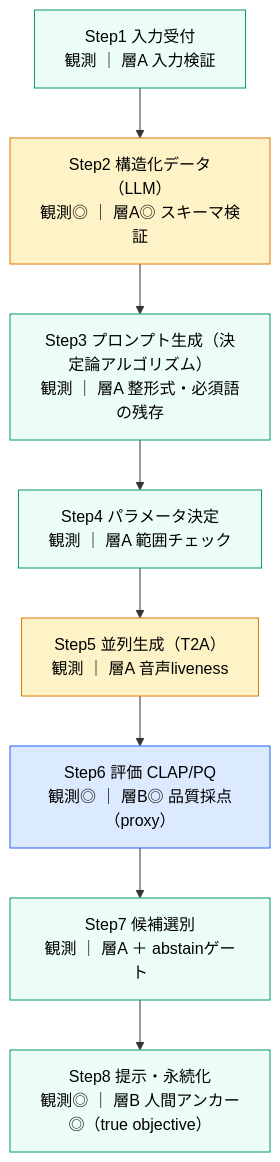
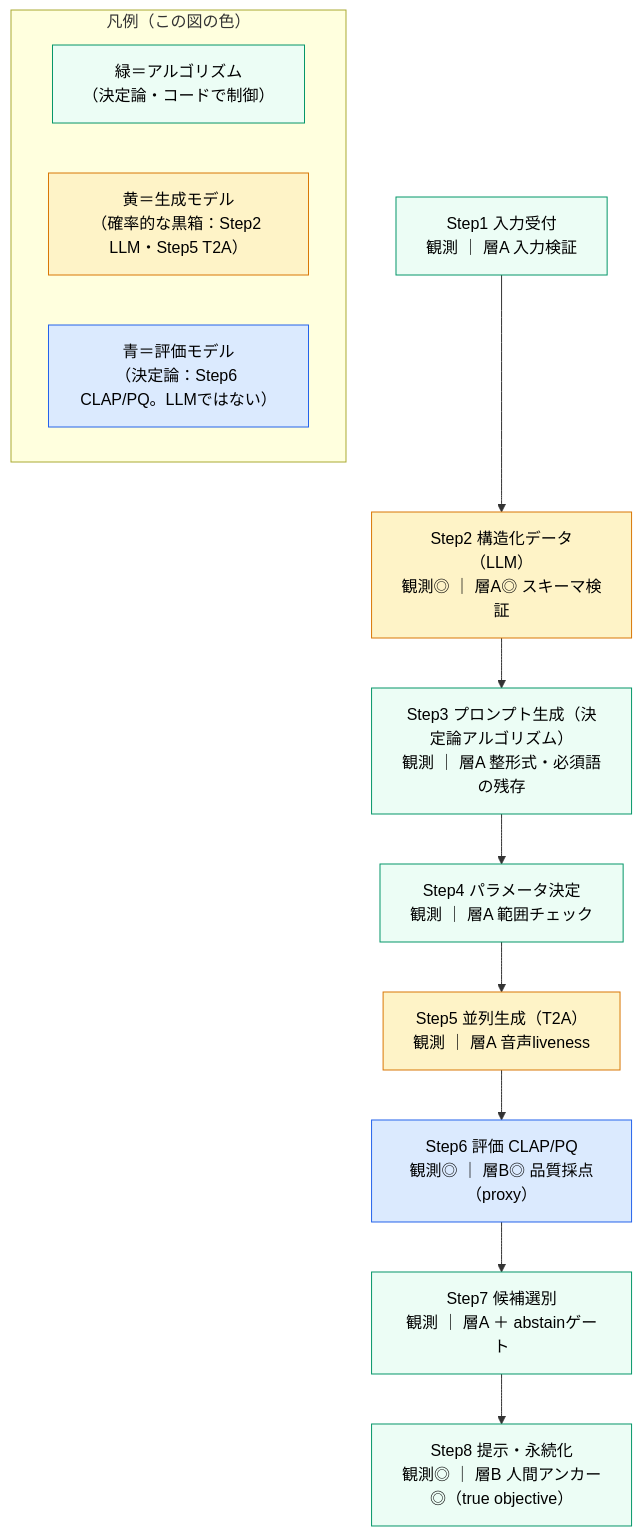
Before and after one commit to mgmaru/foley-forge-prototype: the second of 4 diagrams in docs/observation-and-evaluation-design.md, drawn with Mermaid.

Commit message:
観測・評価設計: §9 パイプライン図に凡例を追加（緑=アルゴリズム/黄=生成モデル/青=評価モデル）
色の違いがぱっと見で分からない問題を解消。緑＝アルゴリズム（決定論）、
黄＝生成モデル（確率的：Step2 LLM・Step5 T2A）、青＝評価モデル（決定論：
Step6 CLAP/PQ）。青の凡例に「LLMではない」を明記し、Step6 が LLM 不使用＝
決定論（FF-D005）であることを図上でも辿れるようにした。

````diff
--- a/docs/observation-and-evaluation-design.md
+++ b/docs/observation-and-evaluation-design.md
@@ -284,17 +284,24 @@
 ```mermaid
 flowchart TD
     S1["Step1 入力受付<br/>観測 ｜ 層A 入力検証"]:::algo
     S2["Step2 構造化データ（LLM）<br/>観測◎ ｜ 層A◎ スキーマ検証"]:::box
     S3["Step3 プロンプト生成（決定論アルゴリズム）<br/>観測 ｜ 層A 整形式・必須語の残存"]:::algo
     S4["Step4 パラメータ決定<br/>観測 ｜ 層A 範囲チェック"]:::algo
     S5["Step5 並列生成（T2A）<br/>観測 ｜ 層A 音声liveness"]:::box
     S6["Step6 評価 CLAP/PQ<br/>観測◎ ｜ 層B◎ 品質採点（proxy）"]:::eval
     S7["Step7 候補選別<br/>観測 ｜ 層A ＋ abstainゲート"]:::algo
     S8["Step8 提示・永続化<br/>観測◎ ｜ 層B 人間アンカー◎（true objective）"]:::algo
     S1 --> S2 --> S3 --> S4 --> S5 --> S6 --> S7 --> S8
 
+    subgraph Legend["凡例（この図の色）"]
+        direction LR
+        LA["緑＝アルゴリズム<br/>（決定論・コードで制御）"]:::algo
+        LB["黄＝生成モデル<br/>（確率的な黒箱：Step2 LLM・Step5 T2A）"]:::box
+        LE["青＝評価モデル<br/>（決定論：Step6 CLAP/PQ。LLMではない）"]:::eval
+    end
+
     classDef box fill:#fef3c7,stroke:#d97706,color:#000
     classDef eval fill:#dbeafe,stroke:#2563eb,color:#000
     classDef und fill:#f3f4f6,stroke:#6b7280,stroke-dasharray:5 5,color:#000
     classDef algo fill:#ecfdf5,stroke:#059669,color:#000
 ```
````
